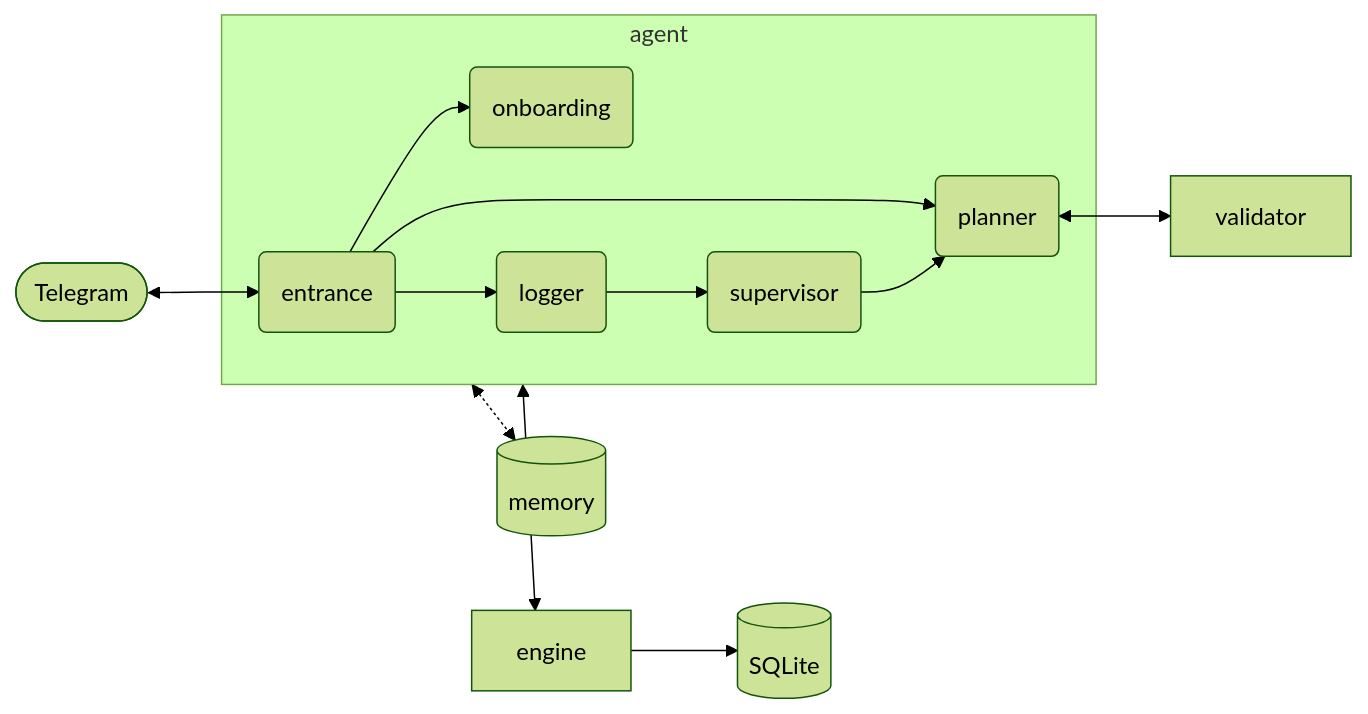
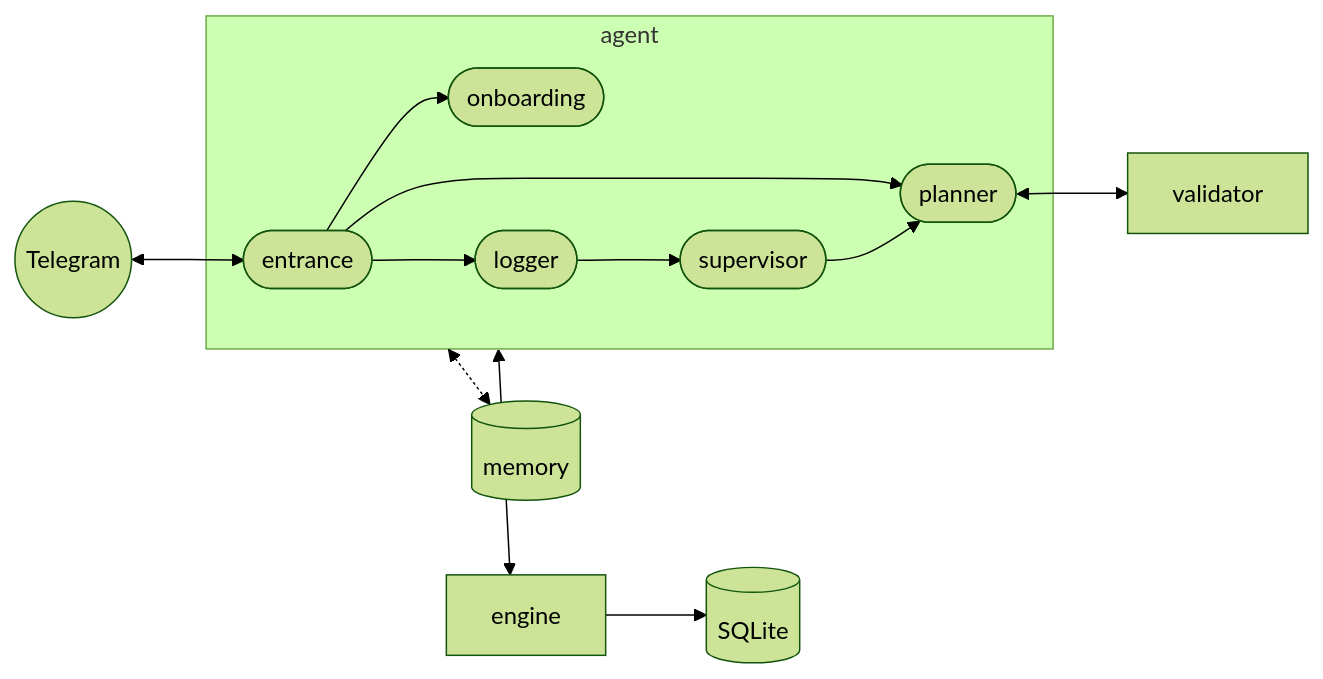
One commit to danielediodati/REPS changed the diagram in README.md. Above: the diagram before and after it, drawn with Mermaid (forest theme).

Commit message:
README: an agent node is a pill, distinct from code's box
GitHub draws a rounded box with a radius too small to tell from a square
one.

````diff
--- a/README.md
+++ b/README.md
@@ -56,11 +56,11 @@
 ```mermaid
 flowchart LR
-  telegram([Telegram]) <--> entrance
+  telegram((Telegram)) <--> entrance
   subgraph agent [agent]
-    entrance(entrance) --> onboarding(onboarding) & logger(logger) & planner(planner)
-    logger --> supervisor(supervisor) --> planner
+    entrance([entrance]) --> onboarding([onboarding]) & logger([logger]) & planner([planner])
+    logger --> supervisor([supervisor]) --> planner
   end
   planner <--> validator[validator]
   agent <--> engine[engine] --> db[(SQLite)]
   agent <-.-> store[(memory)]
 ```
````
